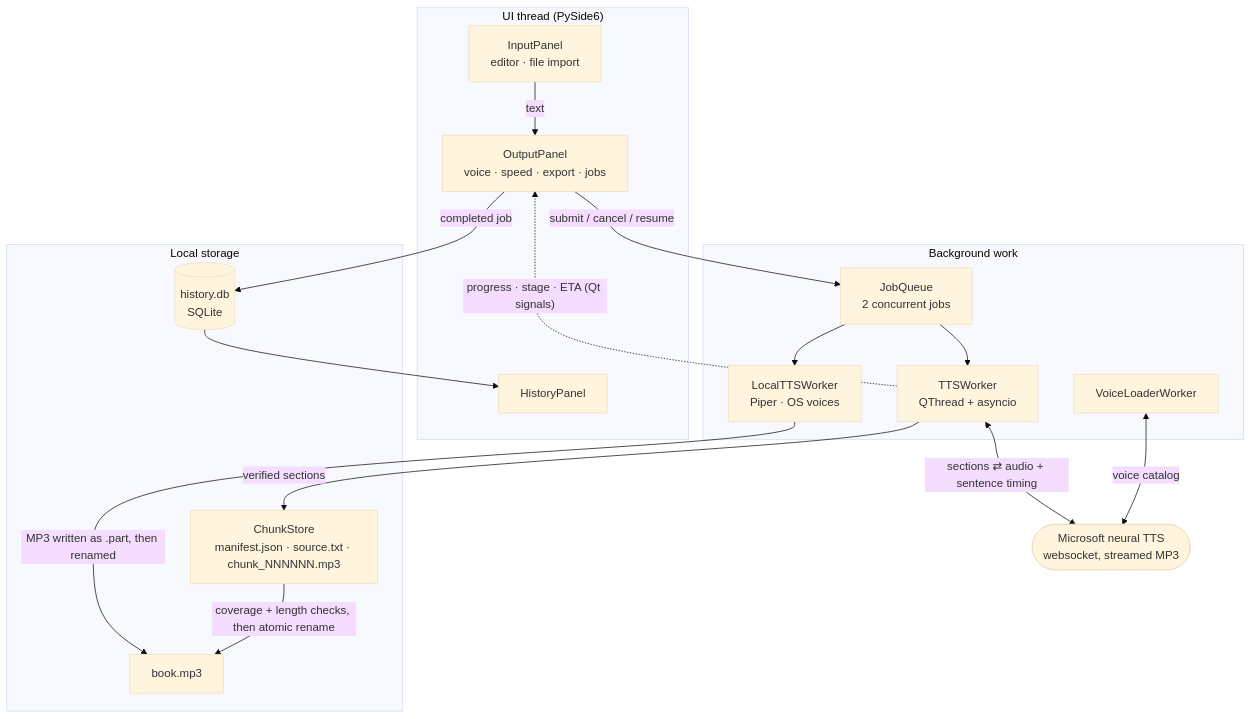
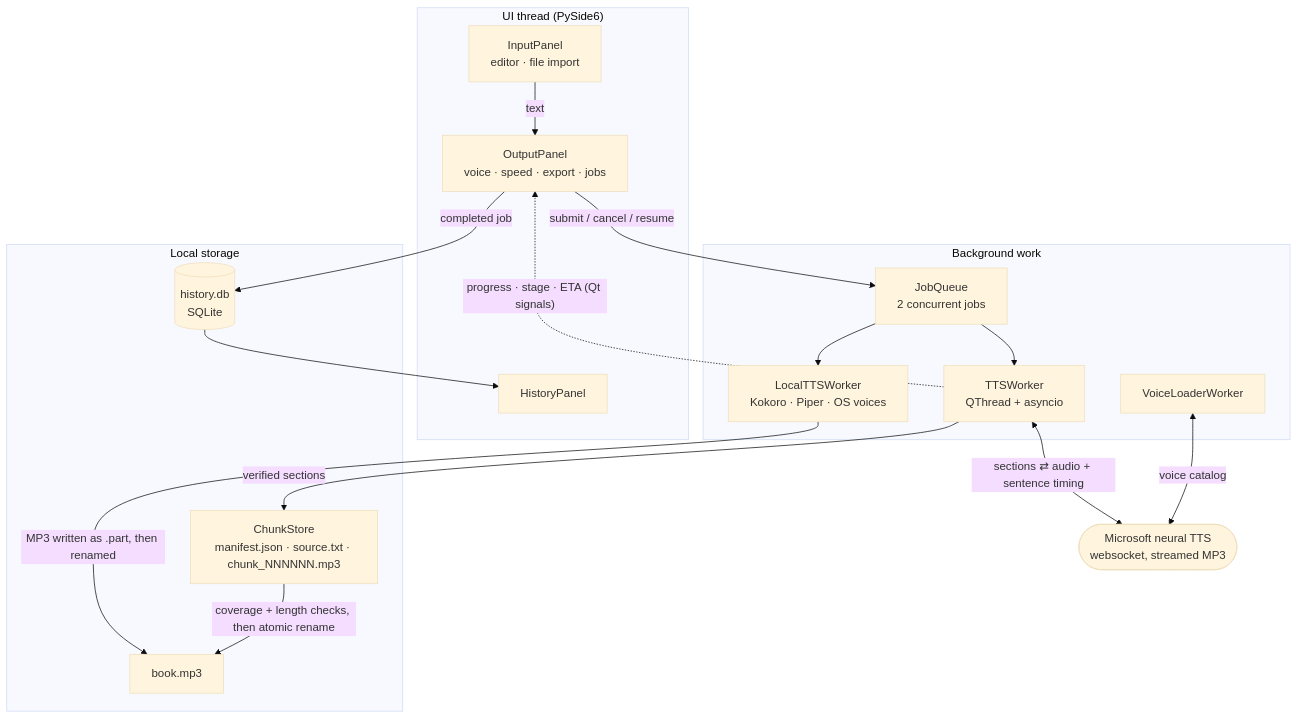
One commit to VijaysinghPuwar/setuptts changed the first of 2 diagrams in README.md. Above: the diagram before and after it, drawn with Mermaid (base theme). The commit also changed other lines of this file and 2 other files, not shown here.

Commit message:
docs: README for Kokoro HD voices; version 1.9.0

````diff
--- a/README.md
+++ b/README.md
@@ -72,36 +74,36 @@
 ```mermaid
 flowchart TB
     subgraph UI["UI thread (PySide6)"]
         IP["InputPanel<br/>editor · file import"]
         OP["OutputPanel<br/>voice · speed · export · jobs"]
         HP["HistoryPanel"]
     end
 
     subgraph Jobs["Background work"]
         JQ["JobQueue<br/>2 concurrent jobs"]
         W["TTSWorker<br/>QThread + asyncio"]
-        LW["LocalTTSWorker<br/>Piper · OS voices"]
+        LW["LocalTTSWorker<br/>Kokoro · Piper · OS voices"]
         VL["VoiceLoaderWorker"]
     end
 
     subgraph Disk["Local storage"]
         CS["ChunkStore<br/>manifest.json · source.txt · chunk_NNNNNN.mp3"]
         DB[("history.db<br/>SQLite")]
         OUT["book.mp3"]
     end
 
     SVC(["Microsoft neural TTS<br/>websocket, streamed MP3"])
 
     IP -- text --> OP
     OP -- submit / cancel / resume --> JQ
     JQ --> W
     JQ --> LW
     LW -- "MP3 written as .part, then renamed" --> OUT
     W <-->|"sections ⇄ audio + sentence timing"| SVC
     VL <-->|"voice catalog"| SVC
     W -- verified sections --> CS
     CS -- "coverage + length checks, then atomic rename" --> OUT
     W -.->|"progress · stage · ETA (Qt signals)"| OP
     OP -- completed job --> DB
     DB --> HP
 ```
````
